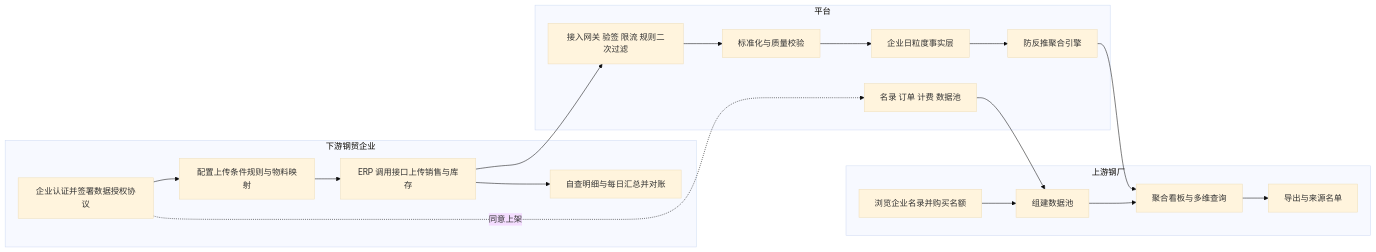
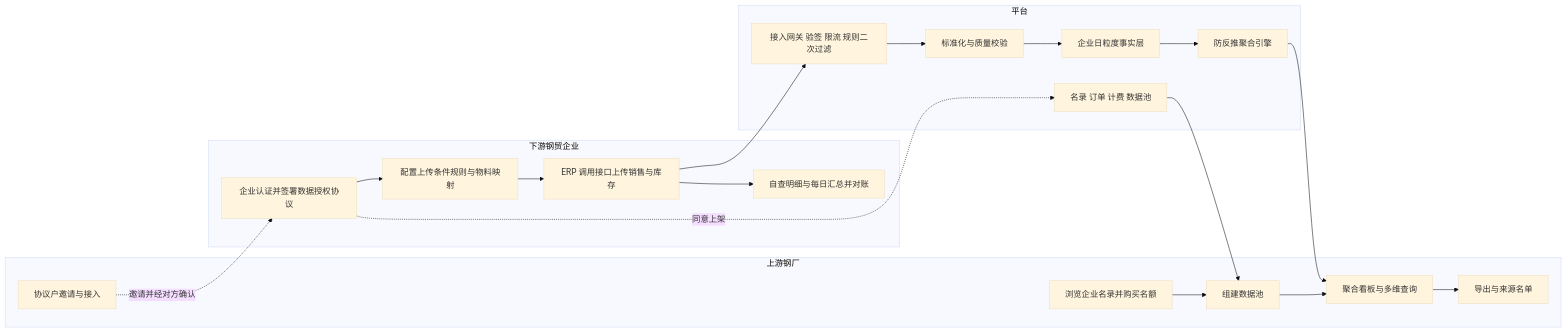
One commit to so6662001/SteelTradeDataPlatform changed the first of 2 diagrams in docs/steel-trade-data-platform-requirements.md. Above: the diagram before and after it, drawn with Mermaid (base theme). The commit also changed other lines of this file and 56 other files, not shown here.

````diff
--- a/docs/steel-trade-data-platform-requirements.md
+++ b/docs/steel-trade-data-platform-requirements.md
@@ -331,23 +391,25 @@
 ```mermaid
 flowchart LR
   subgraph 下游钢贸企业
     A1[企业认证并签署数据授权协议] --> A2[配置上传条件规则与物料映射]
     A2 --> A3[ERP 调用接口上传销售与库存]
     A3 --> A4[自查明细与每日汇总并对账]
   end
   subgraph 平台
     B1[接入网关 验签 限流 规则二次过滤] --> B2[标准化与质量校验]
     B2 --> B3[企业日粒度事实层]
     B3 --> B4[防反推聚合引擎]
     B5[名录 订单 计费 数据池]
   end
   subgraph 上游钢厂
+    C0[协议户邀请与接入]
     C1[浏览企业名录并购买名额] --> C2[组建数据池]
     C2 --> C3[聚合看板与多维查询]
     C3 --> C4[导出与来源名单]
   end
   A3 --> B1
   B4 --> C3
   B5 --> C2
   A1 -.同意上架.-> B5
+  C0 -.邀请并经对方确认.-> A1
 ```
````
